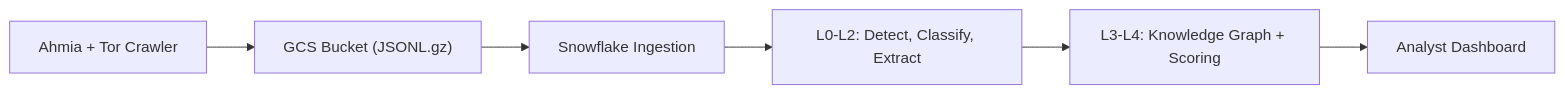
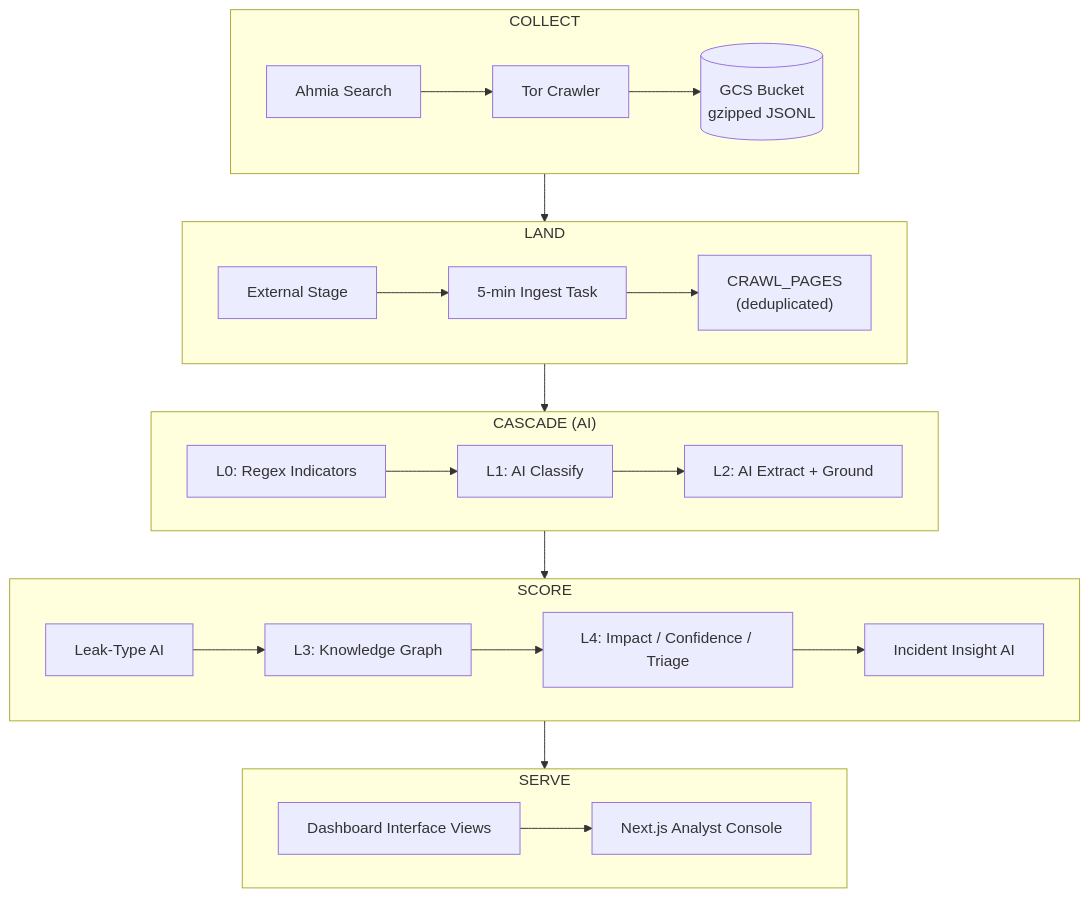
One commit to Muskankalonia/nocturne changed the diagram in README.md. Above: the diagram before and after it, drawn with Mermaid. The commit also changed other lines of this file, not shown here.

First line of the commit message:
Improve architecture diagram and repo layout in README

````diff
--- a/README.md
+++ b/README.md
@@ -73,8 +73,34 @@
 ```mermaid
-flowchart LR
-  A["Ahmia + Tor Crawler"] --> B["GCS Bucket (JSONL.gz)"]
-  B --> C["Snowflake Ingestion"]
-  C --> D["L0-L2: Detect, Classify, Extract"]
-  D --> E["L3-L4: Knowledge Graph + Scoring"]
-  E --> F["Analyst Dashboard"]
+flowchart TB
+  subgraph collect ["COLLECT"]
+    direction LR
+    Ahmia["Ahmia Search"] --> Crawler["Tor Crawler"]
+    Crawler --> GCS[("GCS Bucket\ngzipped JSONL")]
+  end
+
+  subgraph land ["LAND"]
+    direction LR
+    Stage["External Stage"] --> Ingest["5-min Ingest Task"]
+    Ingest --> Raw["CRAWL_PAGES\n(deduplicated)"]
+  end
+
+  subgraph cascade ["CASCADE (AI)"]
+    direction LR
+    L0["L0: Regex Indicators"] --> L1["L1: AI Classify"]
+    L1 --> L2["L2: AI Extract + Ground"]
+  end
+
+  subgraph score ["SCORE"]
+    direction LR
+    LeakType["Leak-Type AI"] --> KG["L3: Knowledge Graph"]
+    KG --> L4["L4: Impact / Confidence / Triage"]
+    L4 --> Insight["Incident Insight AI"]
+  end
+
+  subgraph serve ["SERVE"]
+    direction LR
+    Views["Dashboard Interface Views"] --> Console["Next.js Analyst Console"]
+  end
+
+  collect --> land --> cascade --> score --> serve
 ```
````
